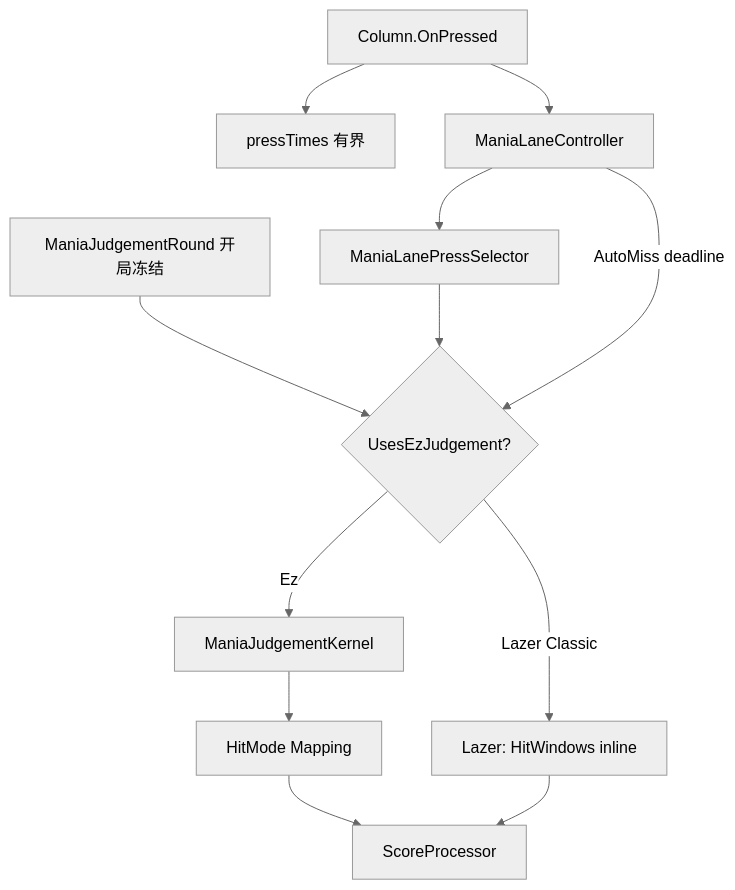
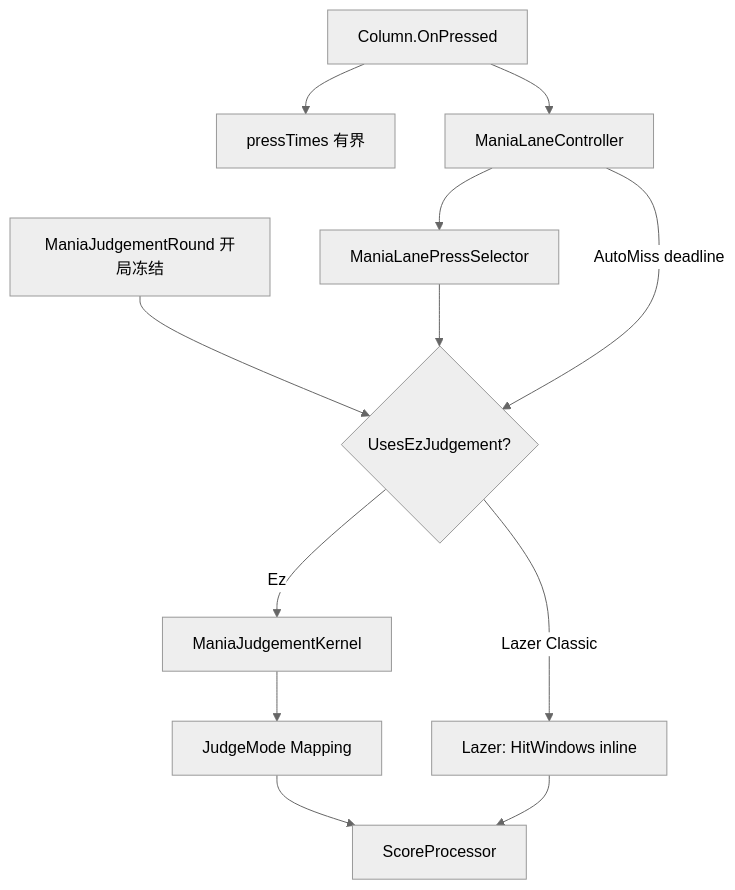
The diagram in docs/scoring/mania.md (SK-la/Ez2Lazer), drawn with Mermaid (neutral theme) before and after one commit. The commit also changed other lines of this file and 112 other files, not shown here.

````diff
--- a/docs/scoring/mania.md
+++ b/docs/scoring/mania.md
@@ -24,19 +24,19 @@
 ```mermaid
 flowchart TB
   Round[ManiaJudgementRound 开局冻结]
   Col[Column.OnPressed]
   PT[pressTimes 有界]
   MLC[ManiaLaneController]
   MLPS[ManiaLanePressSelector]
   Ez{UsesEzJudgement?}
   Kernel[ManiaJudgementKernel]
-  Map[HitMode Mapping]
+  Map[JudgeMode Mapping]
   Lazer["Lazer: HitWindows inline"]
   SP[ScoreProcessor]
   Round --> Ez
   Col --> PT
   Col --> MLC --> MLPS --> Ez
   Ez -->|Ez| Kernel --> Map --> SP
   Ez -->|Lazer Classic| Lazer --> SP
   MLC -->|AutoMiss deadline| Ez
 ```
````
